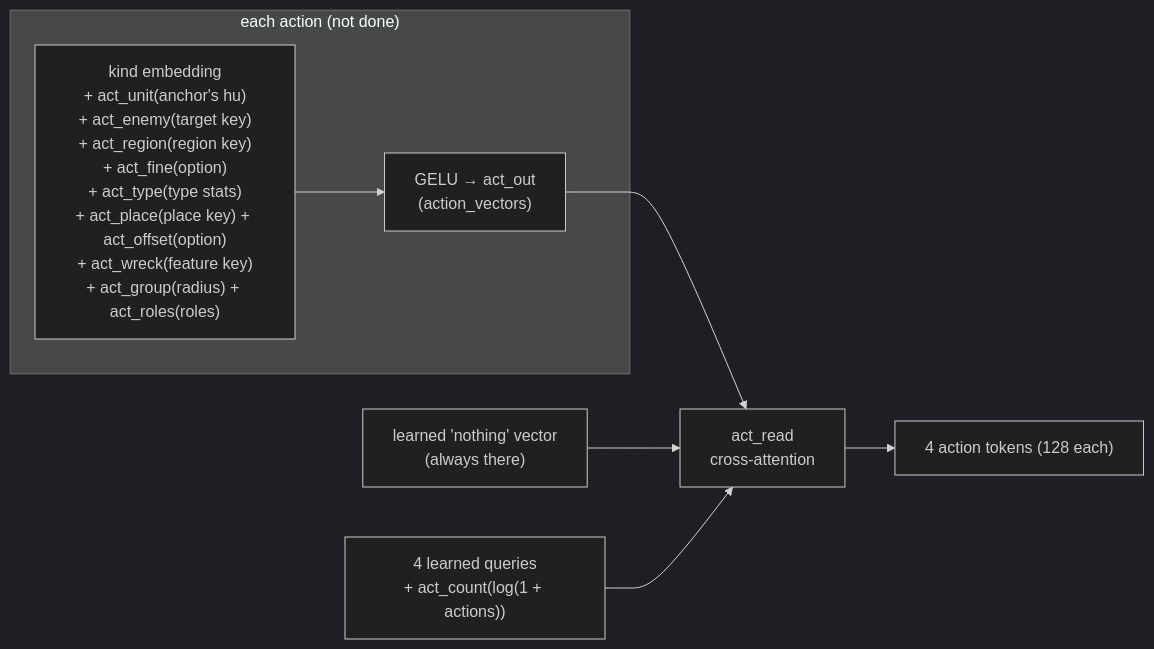
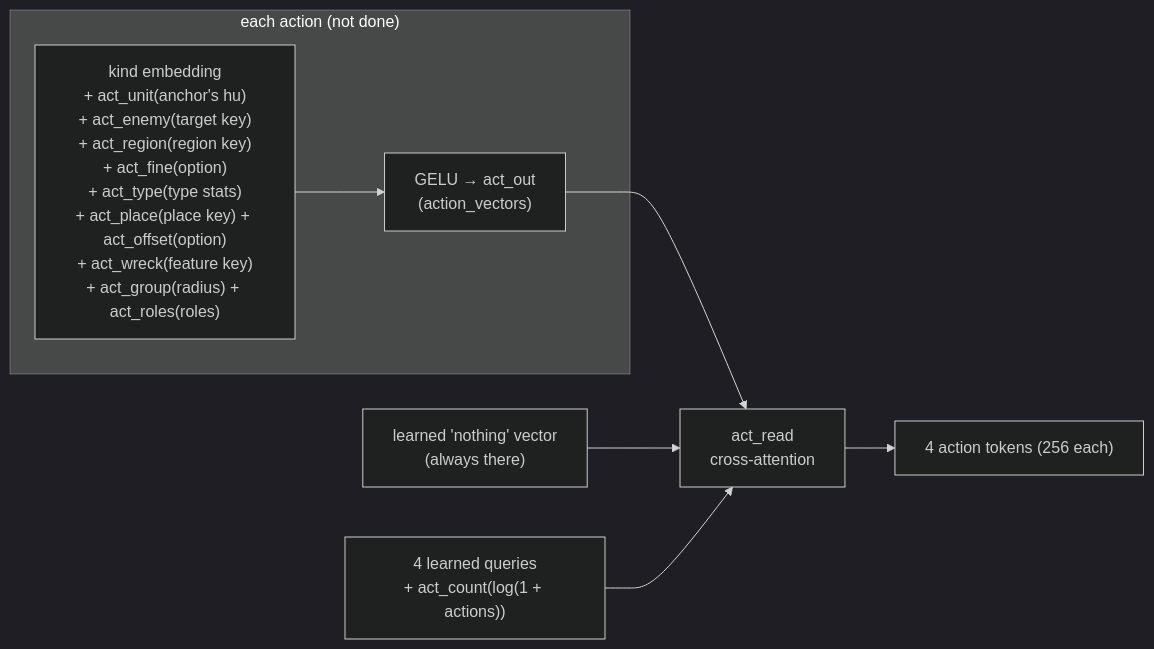
The ninth of 11 diagrams in docs/model.md (pts1667/zk-ArenaAI), drawn with Mermaid (dark theme) before and after one commit. The commit also changed other lines of this file and 39 other files, not shown here.

````diff
--- a/docs/model.md
+++ b/docs/model.md
@@ -348,13 +373,13 @@
 ```mermaid
 flowchart LR
     subgraph each ["each action (not done)"]
         E["kind embedding<br/>+ act_unit(anchor's hu)<br/>+ act_enemy(target key)<br/>+ act_region(region key)<br/>+ act_fine(option)<br/>+ act_type(type stats)<br/>+ act_place(place key) + act_offset(option)<br/>+ act_wreck(feature key)<br/>+ act_group(radius) + act_roles(roles)"] --> G["GELU → act_out<br/>(action_vectors)"]
     end
     NOTH["learned 'nothing' vector<br/>(always there)"]
     Q4["4 learned queries<br/>+ act_count(log(1 + actions))"]
     CR["act_read<br/>cross-attention"]
-    OUT["4 action tokens (128 each)"]
+    OUT["4 action tokens (256 each)"]
     G --> CR
     NOTH --> CR
     Q4 --> CR --> OUT
 ```
````
